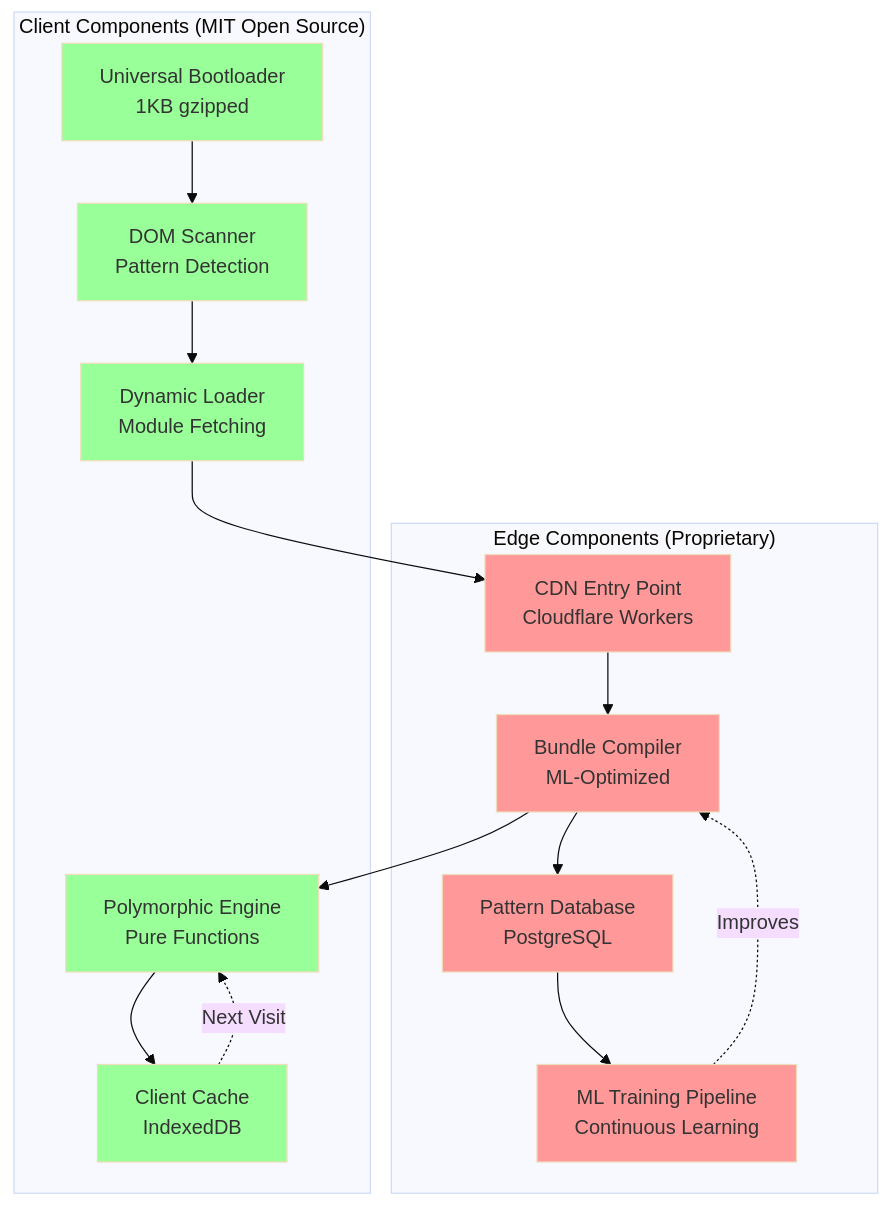
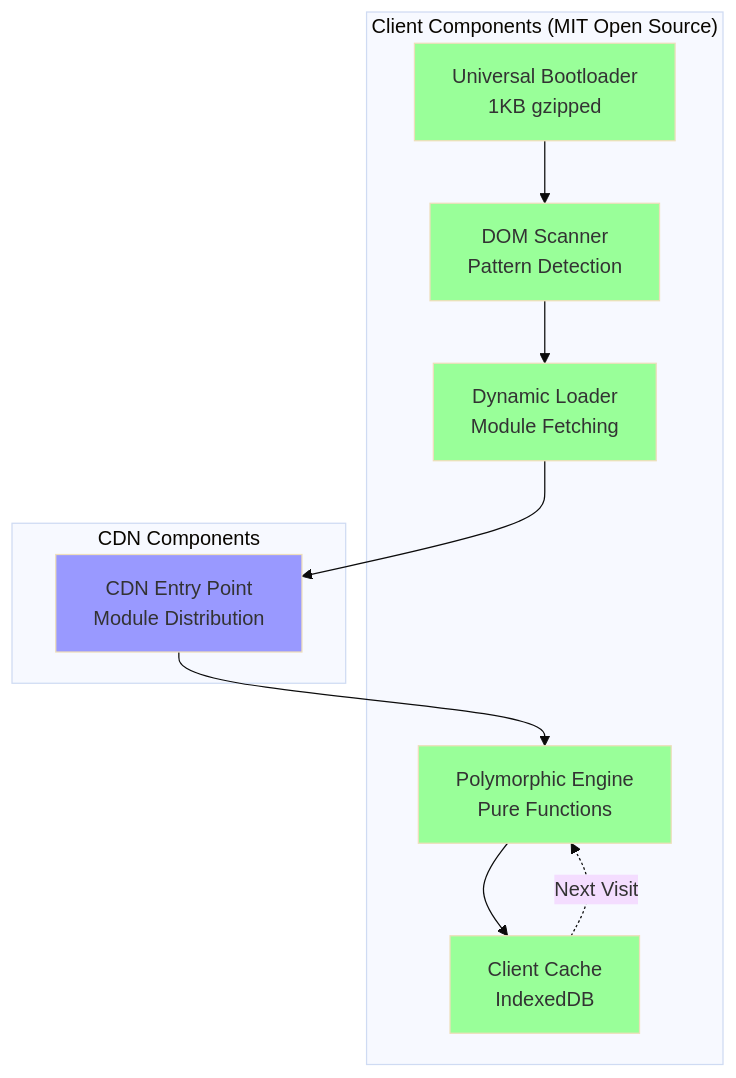
One commit to adamzwasserman/genX changed the fifth of 10 diagrams in docs/architecture/genx-common-infrastructure-architecture-v1.0.md. Above: the diagram before and after it, drawn with Mermaid (base theme). The commit also changed other lines of this file and 26 other files, not shown here.

````diff
--- a/docs/architecture/genx-common-infrastructure-architecture-v1.0.md
+++ b/docs/architecture/genx-common-infrastructure-architecture-v1.0.md
@@ -229,38 +225,28 @@
 ```mermaid
 graph TB
     subgraph "Client Components (MIT Open Source)"
         Boot[Universal Bootloader<br/>1KB gzipped]
         Scanner[DOM Scanner<br/>Pattern Detection]
         Loader[Dynamic Loader<br/>Module Fetching]
         Engine[Polymorphic Engine<br/>Pure Functions]
         Cache[Client Cache<br/>IndexedDB]
     end
     
-    subgraph "Edge Components (Proprietary)"
-        CDN[CDN Entry Point<br/>Cloudflare Workers]
-        Compiler[Bundle Compiler<br/>ML-Optimized]
-        PatternDB[Pattern Database<br/>PostgreSQL]
-        MLService[ML Training Pipeline<br/>Continuous Learning]
+    subgraph "CDN Components"
+        CDN[CDN Entry Point<br/>Module Distribution]
     end
-    
+
     Boot --> Scanner
     Scanner --> Loader
     Loader --> CDN
-    CDN --> Compiler
-    Compiler --> PatternDB
-    PatternDB --> MLService
-    MLService -.->|Improves| Compiler
-    Compiler --> Engine
+    CDN --> Engine
     Engine --> Cache
     Cache -.->|Next Visit| Engine
-    
+
     style Boot fill:#9f9
     style Scanner fill:#9f9
     style Loader fill:#9f9
     style Engine fill:#9f9
     style Cache fill:#9f9
-    style CDN fill:#f99
-    style Compiler fill:#f99
-    style PatternDB fill:#f99
-    style MLService fill:#f99
+    style CDN fill:#99f
 ```
````
